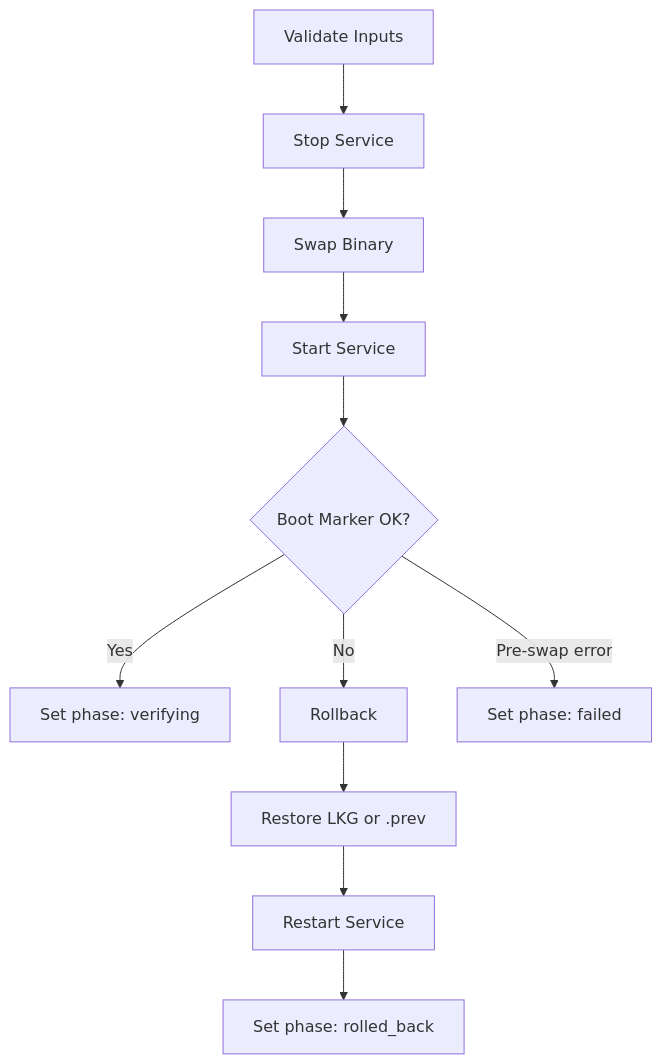
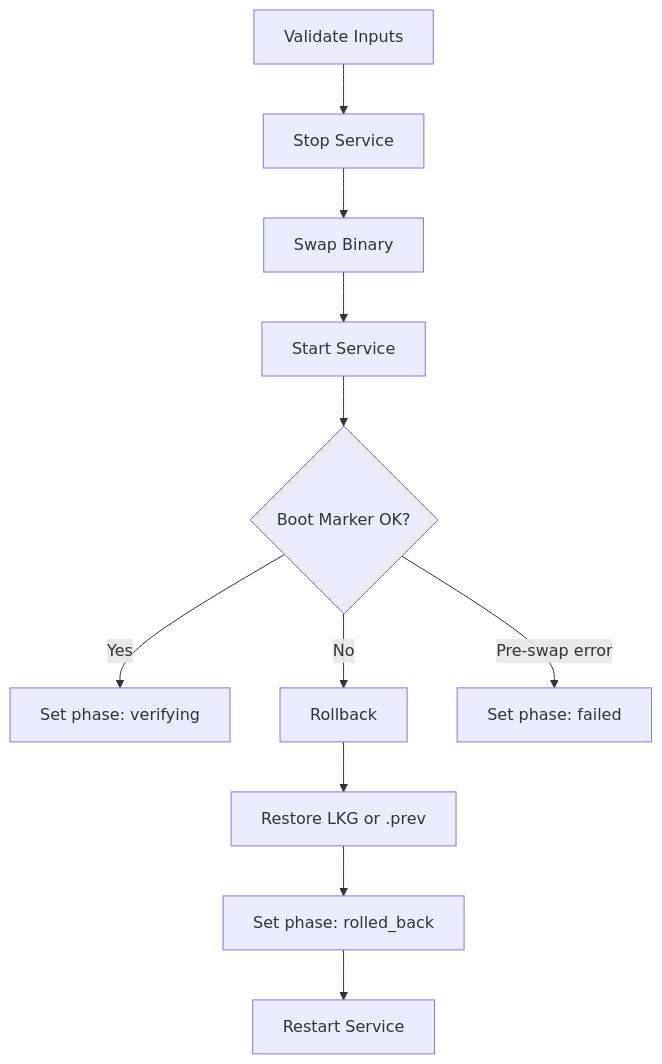
One commit to flamingo-stack/openframe-oss-lib changed the diagram in clients/openframe-client/src/platform/update_scripts/.windows.md. Above: the diagram before and after it, drawn with Mermaid. The commit also changed 4 other files, not shown here.

First line of the commit message:
fix(client): stamp rolled_back before restarting the service, log the failure reason on every path

````diff
--- a/clients/openframe-client/src/platform/update_scripts/.windows.md
+++ b/clients/openframe-client/src/platform/update_scripts/.windows.md
@@ -46,13 +46,13 @@
 ```mermaid
 graph TD
     A[Validate Inputs] --> B[Stop Service]
     B --> D[Swap Binary]
     D --> E[Start Service]
     E --> F{Boot Marker OK?}
     F -->|Yes| G[Set phase: verifying]
     F -->|No| H[Rollback]
     H --> I[Restore LKG or .prev]
-    I --> J[Restart Service]
-    J --> K[Set phase: rolled_back]
+    I --> J[Set phase: rolled_back]
+    J --> K[Restart Service]
     F -->|Pre-swap error| L[Set phase: failed]
 ```
````
